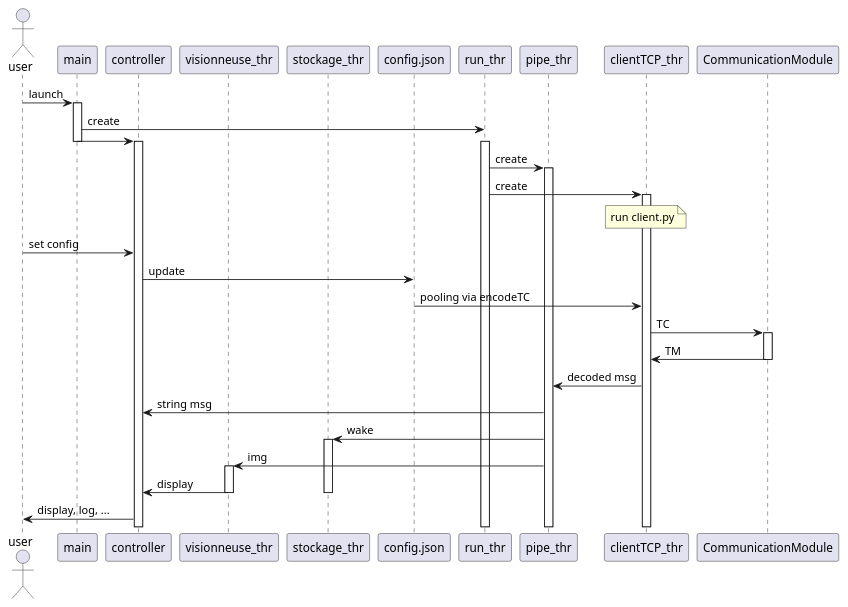
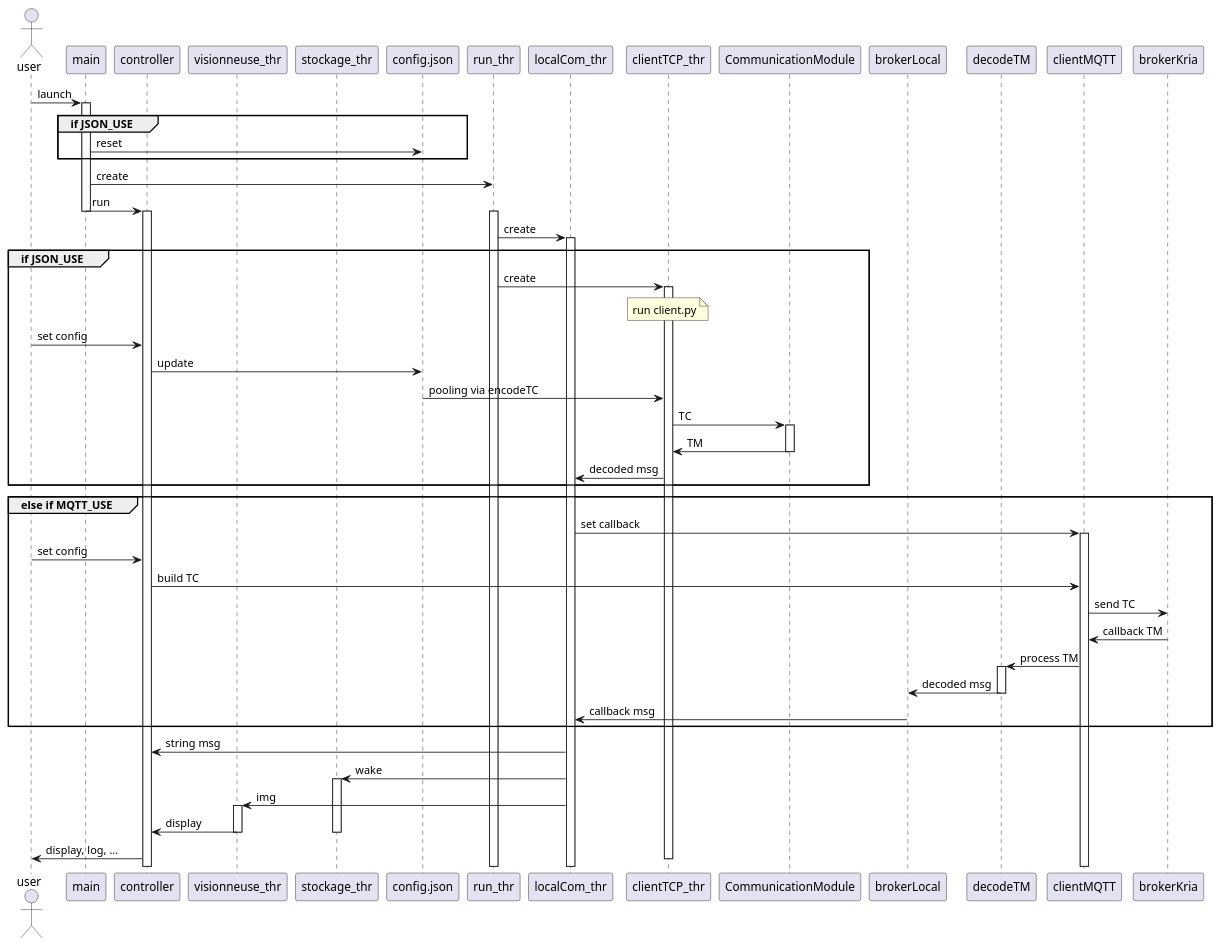
Before and after one commit to ngisedsysle/A-Eye: the diagram in A-Eye_Documentation/plantuml/A-Eye_Controller.plantuml, drawn with PlantUML. The commit also changed 4 other files, not shown here.

```diff
--- a/A-Eye_Documentation/plantuml/A-Eye_Controller.plantuml
+++ b/A-Eye_Documentation/plantuml/A-Eye_Controller.plantuml
@@ -1,46 +1,69 @@
 @startuml A-Eye_Controller_sequence_diagram
 actor user
-participant main 
+participant main
 participant controller
 participant visionneuse_thr
 participant stockage_thr as stockage
 participant config.json
 participant run_thr
-participant pipe_thr
+participant localCom_thr
 participant clientTCP_thr
 participant CommunicationModule
+participant brokerLocal
+participant decodeTM
+participant clientMQTT
+participant brokerKria
 
 user -> main : launch
 activate main
+group if JSON_USE
+    main -> config.json : reset
+end
 main -> run_thr : create
-main -> controller : 
-deactivate main 
+main -> controller : run
+deactivate main
 activate controller
-activate run_thr 
-run_thr -> pipe_thr : create
-activate pipe_thr
-run_thr -> clientTCP_thr : create
-activate clientTCP_thr
-note over clientTCP_thr : run client.py
-user -> controller : set config
-controller -> config.json : update
-config.json -> clientTCP_thr : pooling via encodeTC
-clientTCP_thr -> CommunicationModule : TC
-activate CommunicationModule
-CommunicationModule -> clientTCP_thr : TM
-deactivate CommunicationModule
-clientTCP_thr -> pipe_thr : decoded msg
-pipe_thr -> controller : string msg 
-pipe_thr -> stockage : wake
+activate run_thr
+run_thr -> localCom_thr : create
+activate localCom_thr
+group if JSON_USE
+    run_thr -> clientTCP_thr : create
+    activate clientTCP_thr
+    note over clientTCP_thr : run client.py
+    user -> controller : set config
+    controller -> config.json : update
+    config.json -> clientTCP_thr : pooling via encodeTC
+    clientTCP_thr -> CommunicationModule : TC
+    activate CommunicationModule
+    CommunicationModule -> clientTCP_thr : TM
+    deactivate CommunicationModule
+    clientTCP_thr -> localCom_thr : decoded msg
+end
+group else if MQTT_USE
+    localCom_thr -> clientMQTT : set callback
+    activate clientMQTT
+    user -> controller : set config
+    controller -> clientMQTT : build TC
+    clientMQTT -> brokerKria : send TC
+    brokerKria -> clientMQTT : callback TM
+    clientMQTT -> decodeTM : process TM
+    activate decodeTM
+    decodeTM -> brokerLocal : decoded msg
+    deactivate decodeTM
+    brokerLocal -> localCom_thr : callback msg
+end
+localCom_thr -> controller : string msg
+localCom_thr -> stockage : wake
 activate stockage
-pipe_thr -> visionneuse_thr : img
+localCom_thr -> visionneuse_thr : img
 activate visionneuse_thr
 visionneuse_thr -> controller : display
 deactivate visionneuse_thr
-deactivate stockage 
+deactivate stockage
 controller -> user : display, log, ...
+deactivate clientTCP_thr
 
-' deactivate controller 
-' deactivate clientTCP_thr 
-' deactivate pipe_thr 
+' deactivate controller
+' deactivate clientTCP_thr
+' deactivate localCom_thr
 @enduml
```
